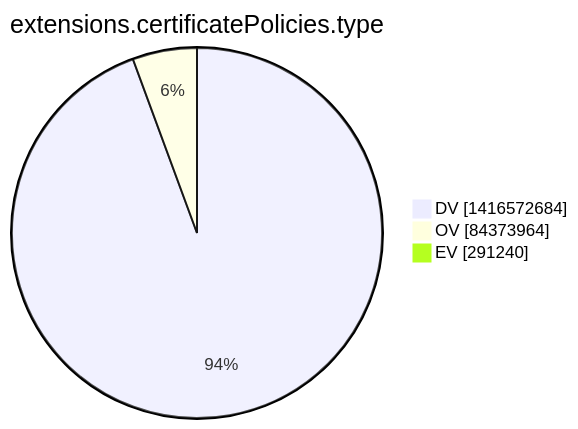
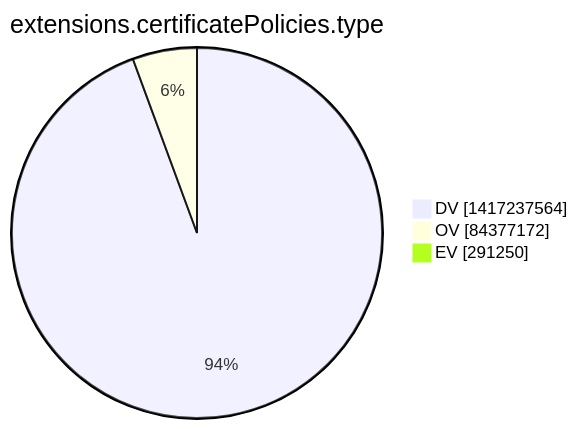
One commit to christiankrug/ctmonitor_visualization changed the tenth of 15 diagrams in argon2022/README.md. Above: the diagram before and after it, drawn with Mermaid. The commit also changed other lines of this file, not shown here.

````diff
--- a/argon2022/README.md
+++ b/argon2022/README.md
@@ -2773,7 +2773,7 @@
 ```mermaid
 pie showData
 title extensions.certificatePolicies.type
-"DV" :1416572684
-"OV" :84373964
-"EV" :291240
+"DV" :1417237564
+"OV" :84377172
+"EV" :291250
 ```
````
